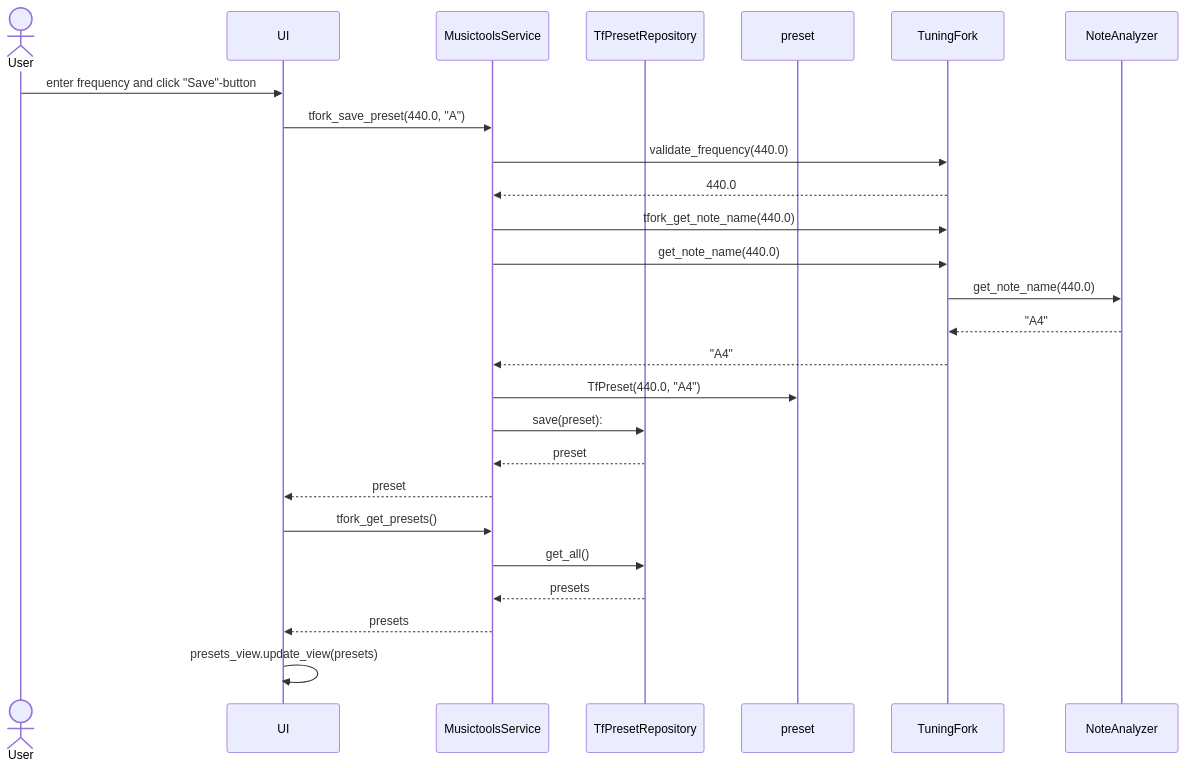
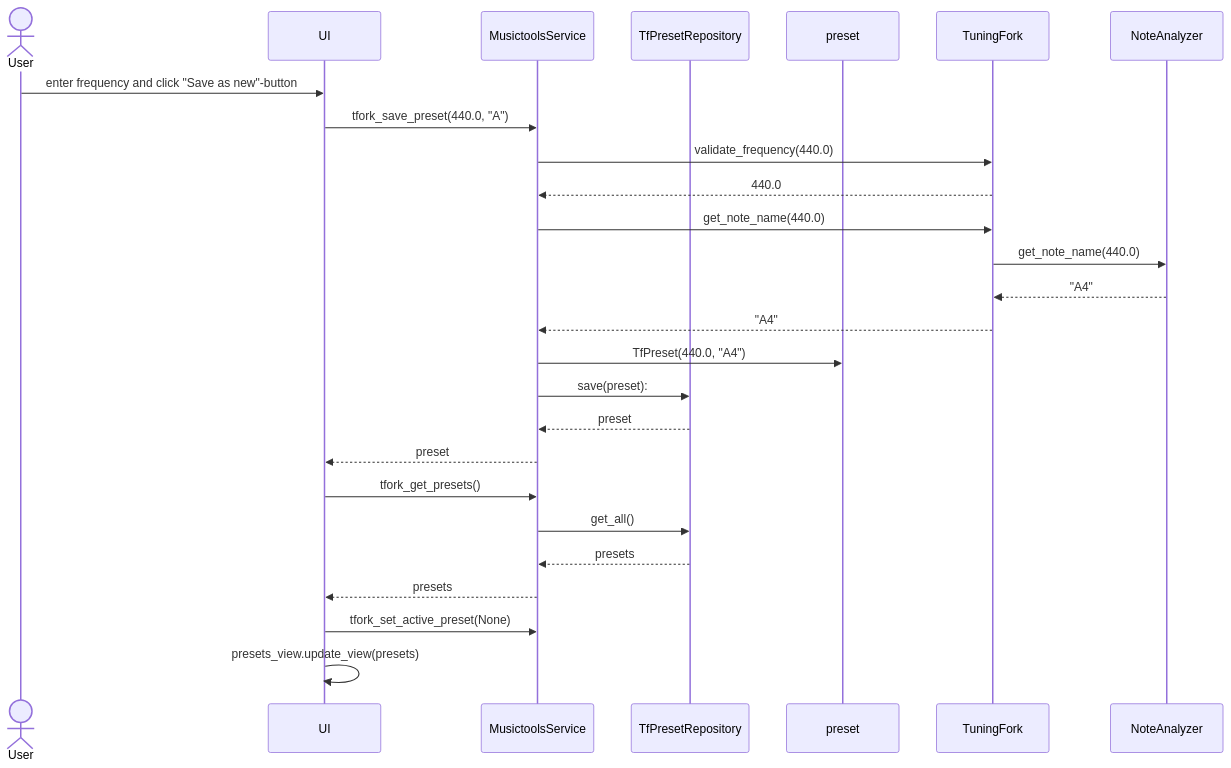
Before and after one commit to piamanns/ot-harjoitustyo: the third of 4 diagrams in musictools/dokumentaatio/arkkitehtuuri.md, drawn with Mermaid. The commit also changed other lines of this file and 2 other files, not shown here.

````diff
--- a/musictools/dokumentaatio/arkkitehtuuri.md
+++ b/musictools/dokumentaatio/arkkitehtuuri.md
@@ -129,27 +129,27 @@
 ```mermaid
 sequenceDiagram
     actor User
     participant UI
     participant MusictoolsService
     participant TfPresetRepository
     participant preset
     participant TuningFork
-    User->>UI: enter frequency and click "Save"-button
+    User->>UI: enter frequency and click "Save as new"-button
     UI->>MusictoolsService: tfork_save_preset(440.0, "A")
     MusictoolsService->>TuningFork: validate_frequency(440.0)
     TuningFork-->>MusictoolsService: 440.0
-    MusictoolsService->>TuningFork: tfork_get_note_name(440.0)
     MusictoolsService->>TuningFork: get_note_name(440.0)
     TuningFork->>NoteAnalyzer: get_note_name(440.0)
     NoteAnalyzer-->>TuningFork: "A4"
     TuningFork-->>MusictoolsService: "A4"
     MusictoolsService->>preset: TfPreset(440.0, "A4")
     MusictoolsService->>TfPresetRepository: save(preset):
     TfPresetRepository-->>MusictoolsService: preset
     MusictoolsService -->>UI: preset
     UI->>MusictoolsService: tfork_get_presets()
     MusictoolsService->>TfPresetRepository: get_all()
     TfPresetRepository-->>MusictoolsService: presets
     MusictoolsService-->>UI: presets
+    UI->>MusictoolsService: tfork_set_active_preset(None)
     UI->>UI: presets_view.update_view(presets)
 ```
````
